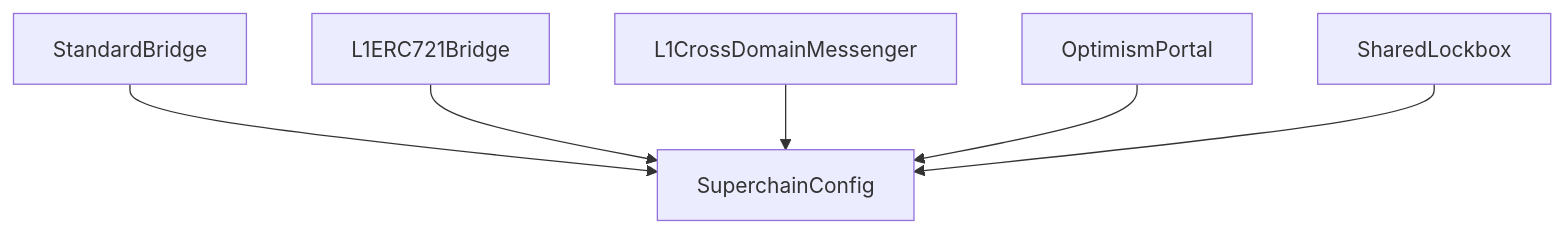
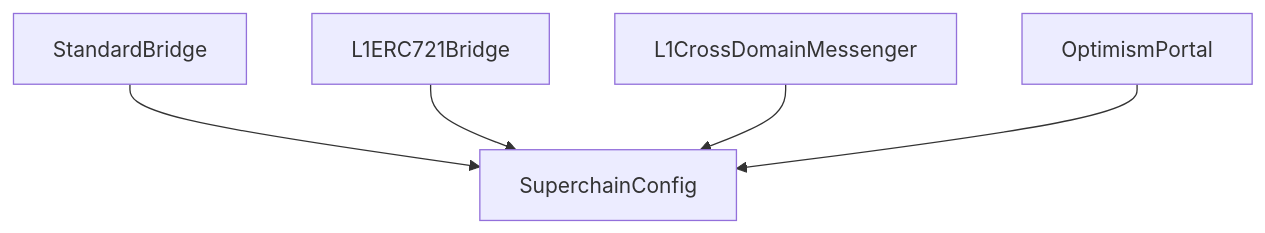
Before and after one commit to ethereum-optimism/specs: the diagram in specs/protocol/superchain-config.md, drawn with Mermaid. The commit also changed other lines of this file and 6 other files, not shown here.

Commit message:
feat: add new shared lockbox specs

````diff
--- a/specs/protocol/superchain-config.md
+++ b/specs/protocol/superchain-config.md
@@ -45,8 +33,7 @@
 ```mermaid
 flowchart TD
 StandardBridge --> SuperchainConfig
 L1ERC721Bridge --> SuperchainConfig
 L1CrossDomainMessenger --> SuperchainConfig
 OptimismPortal --> SuperchainConfig
-SharedLockbox --> SuperchainConfig
 ```
````
